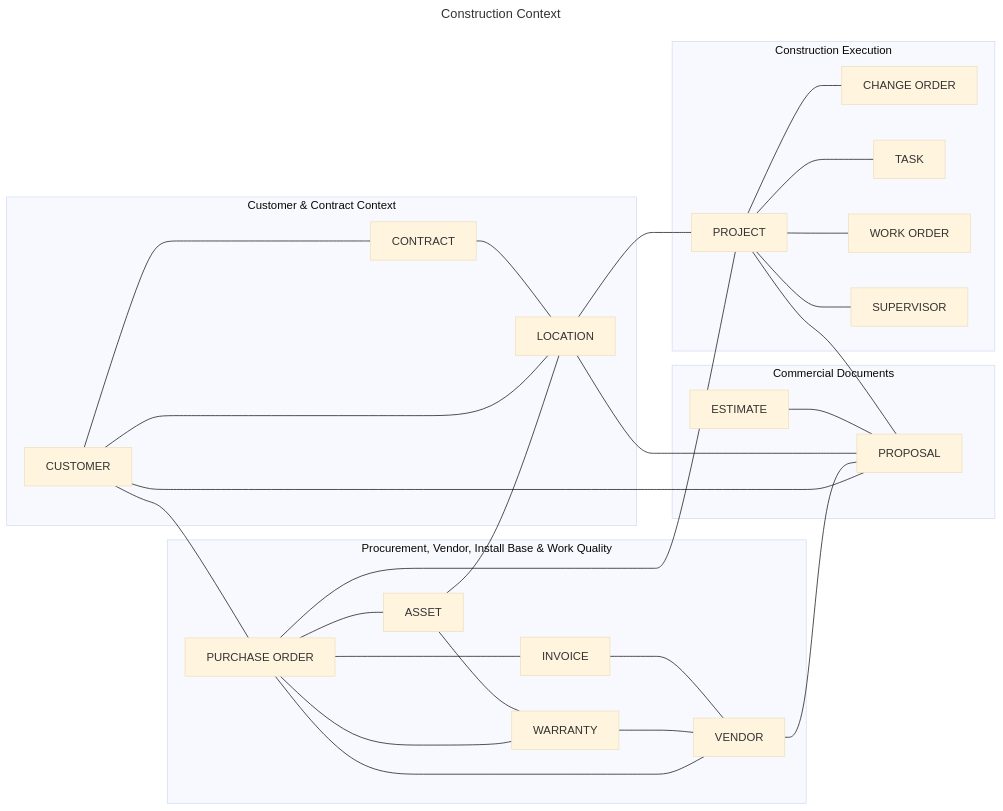
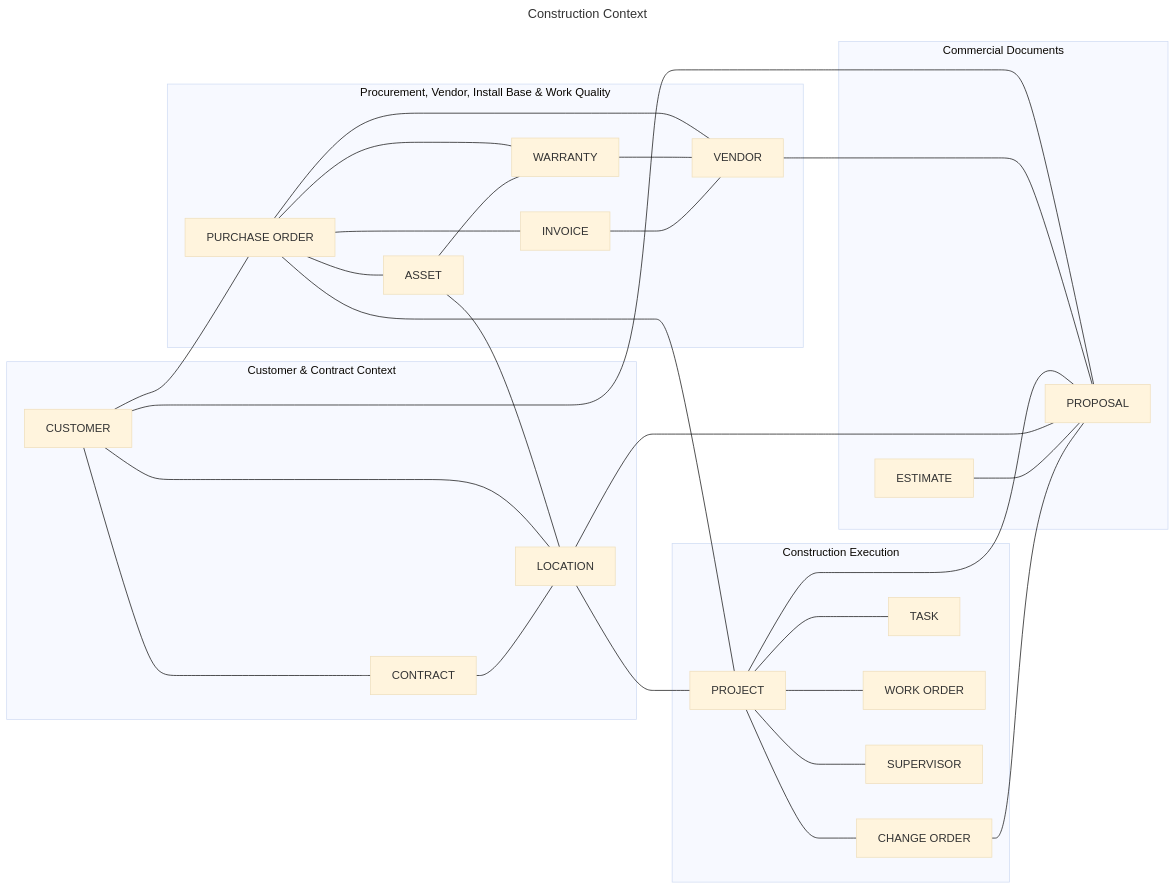
One commit to mcknz76/diagram-example changed the diagram in construction-bounded-context.mmd. Above: the diagram before and after it, drawn with Mermaid (base theme). The commit also changed other lines of this file, not shown here.

Commit message:
updated construction

```diff
--- a/construction-bounded-context.mmd
+++ b/construction-bounded-context.mmd
@@ -1,81 +1,82 @@
 ---
 title: Construction Context
 ---
 
 flowchart LR
 
 %% -----------------------------
 %% Commercial Documents
 %% -----------------------------
 subgraph CommercialDocsCtx["Commercial&nbsp;Documents"]
   ESTIMATE
   PROPOSAL
 end
 
 %% -----------------------------
 %% Customer & Contract Context
 %% -----------------------------
 subgraph CustomerCtx["Customer & Contract Context"]
 
     CUSTOMER
     CONTRACT
     LOCATION
 end
 
 %% -----------------------------
 %% Procurement, Vendor, Install Base & Work Quality
 %% -----------------------------
 subgraph ProcurementCtx["Procurement, Vendor, Install Base & Work Quality"]
 
     PURCHASE_ORDER["PURCHASE ORDER"]
     INVOICE
     ASSET
     WARRANTY
     VENDOR
 end
 
 %% -----------------------------
 %% Construction Execution
 %% -----------------------------
 subgraph ExecCtx["Construction Execution"]
 
     PROJECT
     CHANGE_ORDER["CHANGE ORDER"]
     TASK
     WORK_ORDER["WORK ORDER"]
     SUPERVISOR
 end
 
 %% -----------------------------
 %% Relationships
 %% -----------------------------
 CUSTOMER --- CONTRACT
 CUSTOMER --- LOCATION
 CUSTOMER --- PURCHASE_ORDER
 CONTRACT --- LOCATION
 
 PURCHASE_ORDER --- INVOICE
 PURCHASE_ORDER --- ASSET
 PURCHASE_ORDER --- VENDOR
 PURCHASE_ORDER --- WARRANTY
 
 ASSET --- WARRANTY
 
 LOCATION --- PROJECT
 PURCHASE_ORDER --- PROJECT
 
 PROJECT --- CHANGE_ORDER
 PROJECT --- TASK
 PROJECT --- WORK_ORDER
 PROJECT --- SUPERVISOR
 
 WARRANTY --- VENDOR
 INVOICE --- VENDOR
 
 ASSET --- LOCATION
 
 CUSTOMER --- PROPOSAL
 VENDOR --- PROPOSAL
 PROJECT --- PROPOSAL
 LOCATION --- PROPOSAL
 ESTIMATE --- PROPOSAL
+CHANGE_ORDER --- PROPOSAL
```
